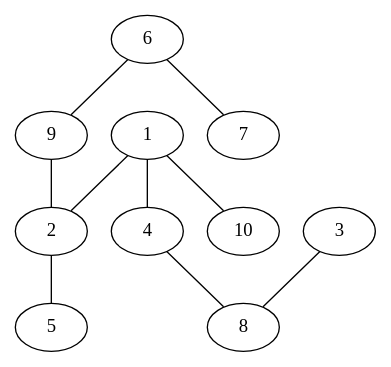
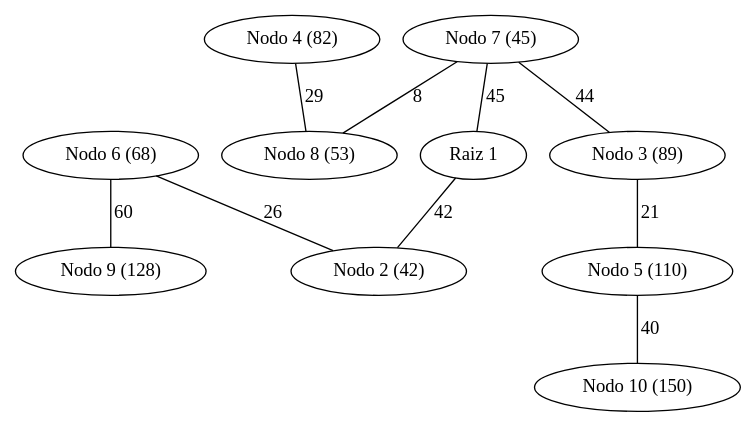
Before and after one commit to ElvisTech007/proyectos_DAA: the diagram in proyecto_1/archivos_graphviz/arbol_Dijkstra_barabasi_10_nodos.dot, drawn with Graphviz. The commit also changed 23 other files, not shown here.

```diff
--- a/proyecto_1/archivos_graphviz/arbol_Dijkstra_barabasi_10_nodos.dot
+++ b/proyecto_1/archivos_graphviz/arbol_Dijkstra_barabasi_10_nodos.dot
@@ -1,21 +1,21 @@
 graph arbol_dijkstra_G_1 {
-    1;
-    2;
-    9;
-    4;
-    8;
-    10;
-    6;
-    5;
-    7;
-    3;
-    6 -- 9;
-    9 -- 2;
-    6 -- 7;
-    1 -- 2;
-    1 -- 4;
-    3 -- 8;
-    4 -- 8;
-    1 -- 10;
-    2 -- 5;
+    "1" [label="Raiz 1"];
+    "2" [label="Nodo 2 (42)"];
+    "7" [label="Nodo 7 (45)"];
+    "8" [label="Nodo 8 (53)"];
+    "6" [label="Nodo 6 (68)"];
+    "4" [label="Nodo 4 (82)"];
+    "3" [label="Nodo 3 (89)"];
+    "5" [label="Nodo 5 (110)"];
+    "9" [label="Nodo 9 (128)"];
+    "10" [label="Nodo 10 (150)"];
+    4 -- 8 [label="29"];
+    6 -- 2 [label="26"];
+    7 -- 1 [label="45"];
+    7 -- 3 [label="44"];
+    7 -- 8 [label="8"];
+    1 -- 2 [label="42"];
+    3 -- 5 [label="21"];
+    5 -- 10 [label="40"];
+    6 -- 9 [label="60"];
 }
```
